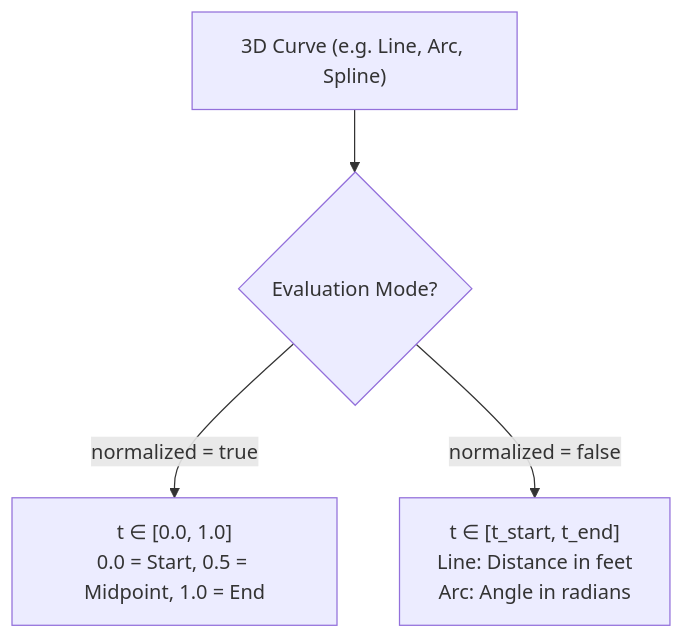
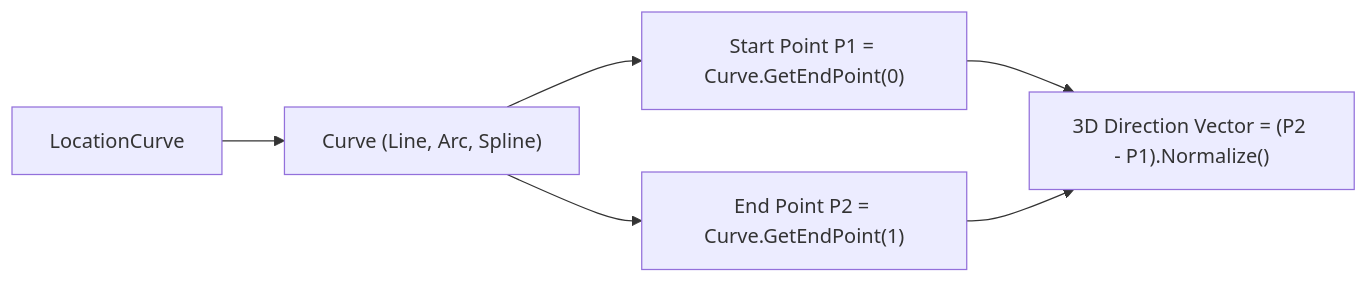
Before and after one commit to Mustafa-TOMMY/CommandSamplesRevitApiVer2025: the fifth of 6 diagrams in RevitApiSamples/Samples/Transform/Transform.md, drawn with Mermaid. The commit also changed other lines of this file and 2 other files, not shown here.

Commit message:
docs: rewrite Transform.md and System_vs_Loadable_Families_Comparison.md based on Revit 3D Spatial Vector & Family Placement Architecture

````diff
--- a/RevitApiSamples/Samples/Transform/Transform.md
+++ b/RevitApiSamples/Samples/Transform/Transform.md
@@ -211,7 +117,8 @@
 ```mermaid
-flowchart TD
-    Curve["3D Curve (e.g. Line, Arc, Spline)"] --> Mode{"Evaluation Mode?"}
-    
-    Mode -->|"normalized = true"| Norm["t ∈ [0.0, 1.0]<br/>0.0 = Start, 0.5 = Midpoint, 1.0 = End"]
-    Mode -->|"normalized = false"| Raw["t ∈ [t_start, t_end]<br/>Line: Distance in feet<br/>Arc: Angle in radians"]
+flowchart LR
+    LC["LocationCurve"] --> C["Curve (Line, Arc, Spline)"]
+    C --> P0["Start Point P1 = Curve.GetEndPoint(0)"]
+    C --> P1["End Point P2 = Curve.GetEndPoint(1)"]
+    P0 --> Dir["3D Direction Vector = (P2 - P1).Normalize()"]
+    P1 --> Dir
 ```
````
